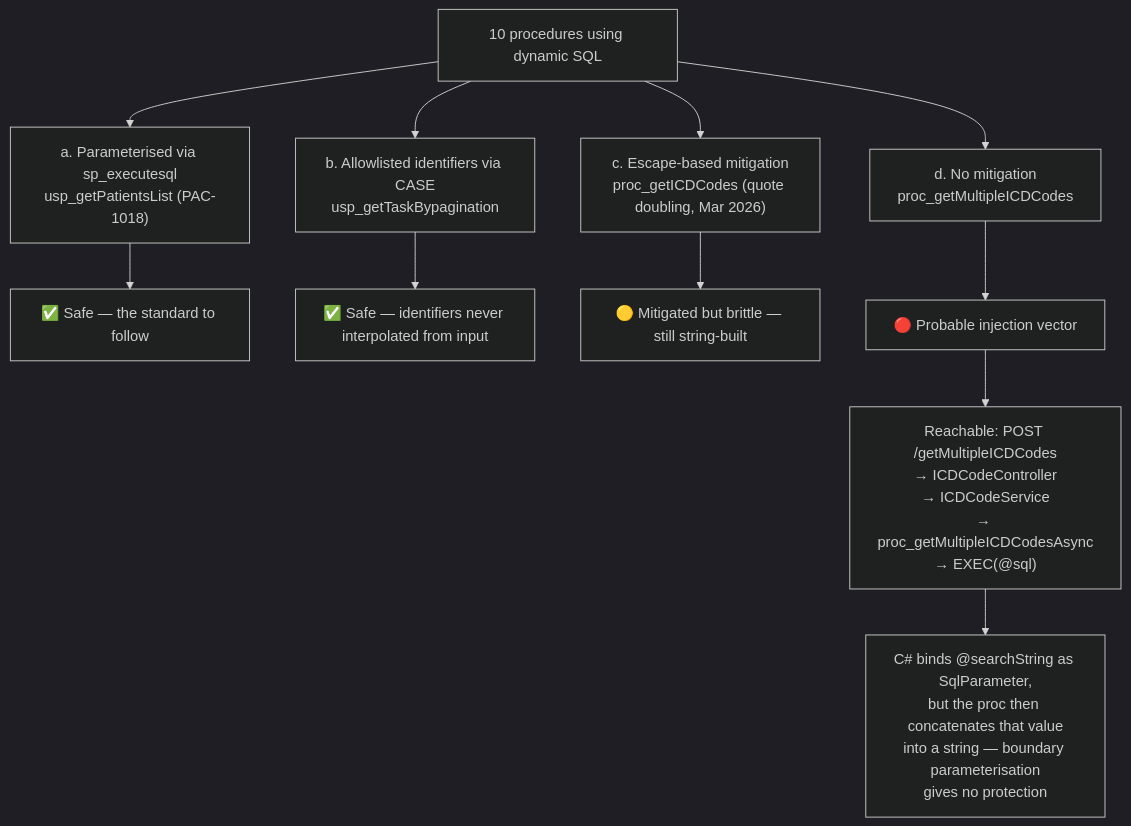
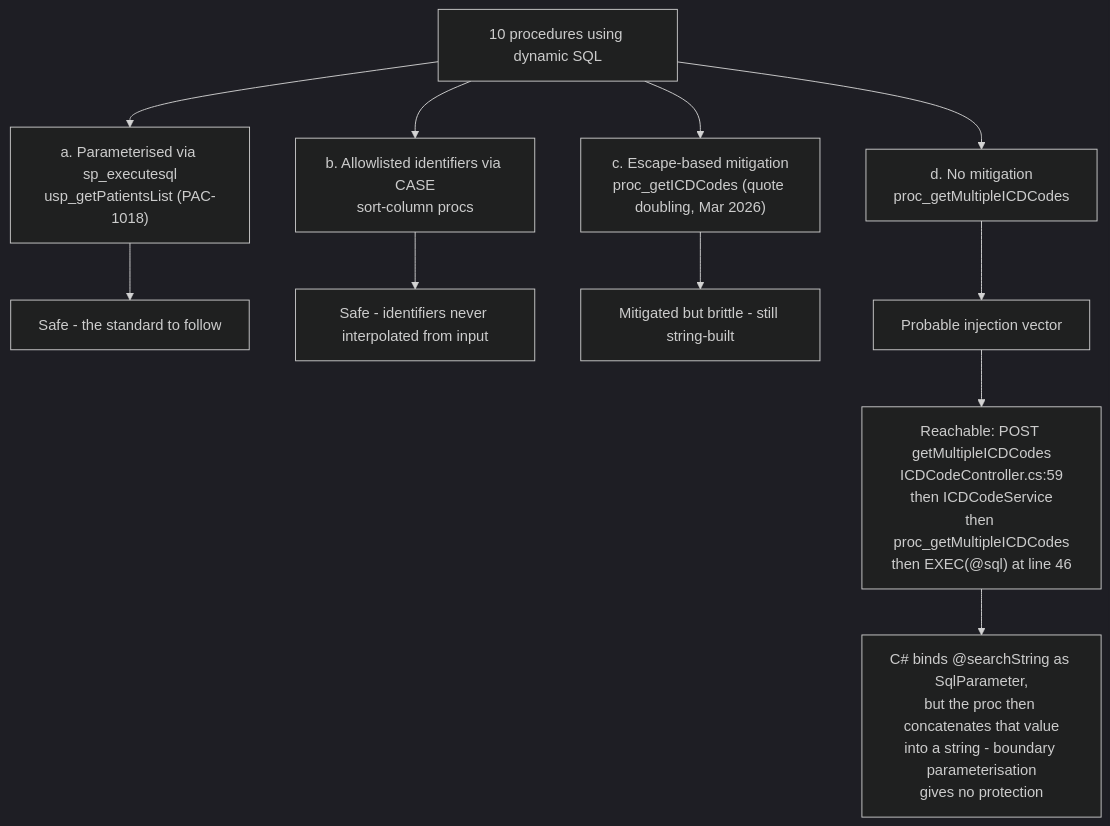
One commit to hemsingh-3PG/sai-systems-AIRE changed the fourth of 4 diagrams in docs/architecture-diagrams/03-data-sql-tier-deep-dive-diagrams.md. Above: the diagram before and after it, drawn with Mermaid (dark theme). The commit also changed other lines of this file and 285 other files, not shown here.

````diff
--- a/docs/architecture-diagrams/03-data-sql-tier-deep-dive-diagrams.md
+++ b/docs/architecture-diagrams/03-data-sql-tier-deep-dive-diagrams.md
@@ -90,15 +99,15 @@
 ```mermaid
 flowchart TB
   A["10 procedures using dynamic SQL"] --> B["a. Parameterised via sp_executesql<br/>usp_getPatientsList (PAC-1018)"]
-  A --> C["b. Allowlisted identifiers via CASE<br/>usp_getTaskBypagination"]
+  A --> C["b. Allowlisted identifiers via CASE<br/>sort-column procs"]
   A --> D["c. Escape-based mitigation<br/>proc_getICDCodes (quote doubling, Mar 2026)"]
   A --> E["d. No mitigation<br/>proc_getMultipleICDCodes"]
 
-  B --> B1["✅ Safe — the standard to follow"]
-  C --> C1["✅ Safe — identifiers never interpolated from input"]
-  D --> D1["🟡 Mitigated but brittle — still string-built"]
-  E --> E1["🔴 Probable injection vector"]
+  B --> B1["Safe - the standard to follow"]
+  C --> C1["Safe - identifiers never interpolated from input"]
+  D --> D1["Mitigated but brittle - still string-built"]
+  E --> E1["Probable injection vector"]
 
-  E1 --> F["Reachable: POST /getMultipleICDCodes<br/>→ ICDCodeController<br/>→ ICDCodeService<br/>→ proc_getMultipleICDCodesAsync<br/>→ EXEC(@sql)"]
-  F --> G["C# binds @searchString as SqlParameter,<br/>but the proc then concatenates that value<br/>into a string — boundary parameterisation<br/>gives no protection"]
+  E1 --> F["Reachable: POST getMultipleICDCodes<br/>ICDCodeController.cs:59<br/>then ICDCodeService<br/>then proc_getMultipleICDCodes<br/>then EXEC(@sql) at line 46"]
+  F --> G["C# binds @searchString as SqlParameter,<br/>but the proc then concatenates that value<br/>into a string - boundary parameterisation<br/>gives no protection"]
 ```
````
